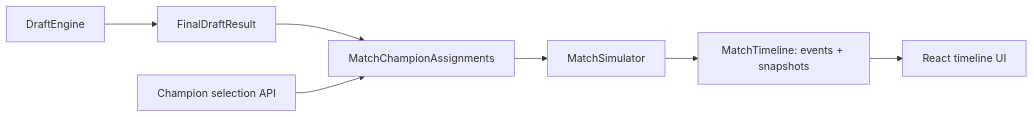
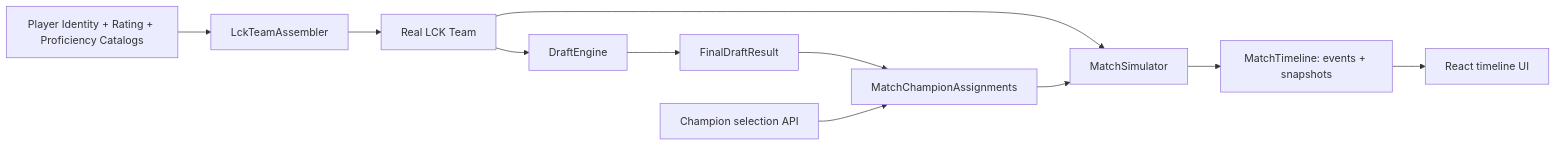
Before and after one commit to haengguk/myfmanager: the diagram in docs/architecture/overview.md, drawn with Mermaid. The commit also changed other lines of this file and 47 other files, not shown here.

````diff
--- a/docs/architecture/overview.md
+++ b/docs/architecture/overview.md
@@ -7,9 +7,13 @@
 ```mermaid
 flowchart LR
-    D[DraftEngine] --> F[FinalDraftResult]
+    I[Player Identity + Rating + Proficiency Catalogs] --> R[LckTeamAssembler]
+    R --> X[Real LCK Team]
+    X --> D[DraftEngine]
+    X --> S[MatchSimulator]
+    D --> F[FinalDraftResult]
     F --> A[MatchChampionAssignments]
     C[Champion selection API] --> A
-    A --> S[MatchSimulator]
+    A --> S
     S --> T[MatchTimeline: events + snapshots]
     T --> U[React timeline UI]
 ```
````
